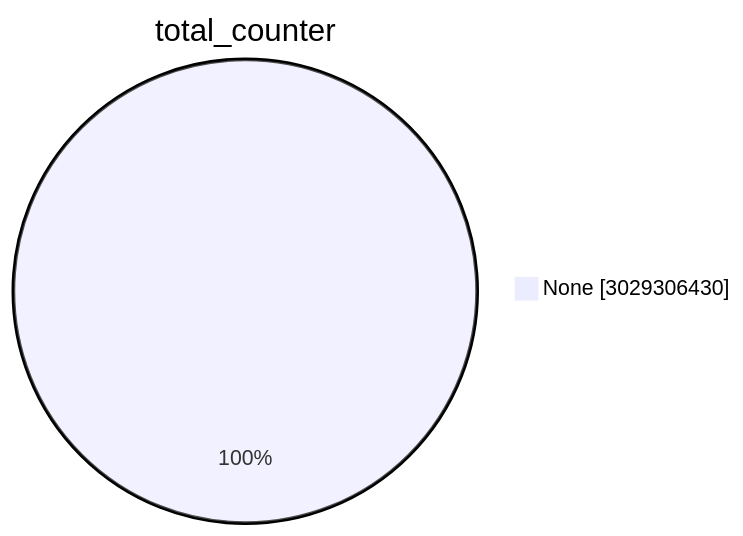
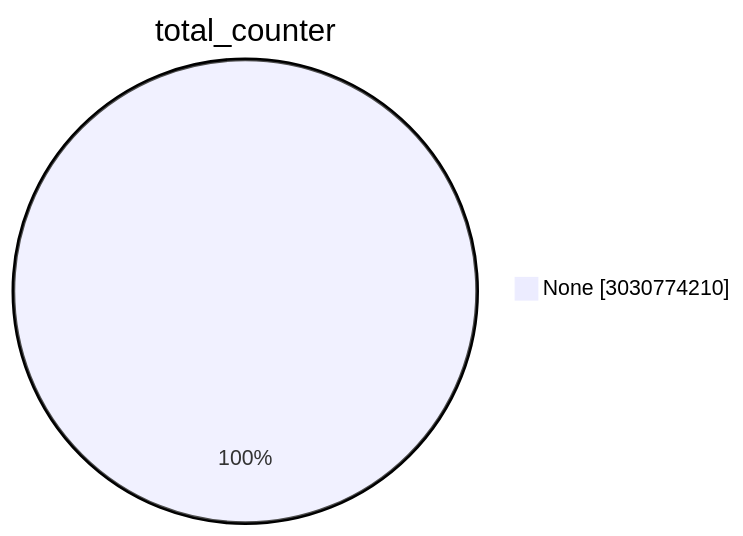
Before and after one commit to christiankrug/ctmonitor_visualization: the first of 15 diagrams in TOTAL/README.md, drawn with Mermaid. The commit also changed other lines of this file, not shown here.

````diff
--- a/TOTAL/README.md
+++ b/TOTAL/README.md
@@ -1,5 +1,5 @@
 ```mermaid
 pie showData
 title total_counter
-"None" :3029306430
+"None" :3030774210
 ```
````
